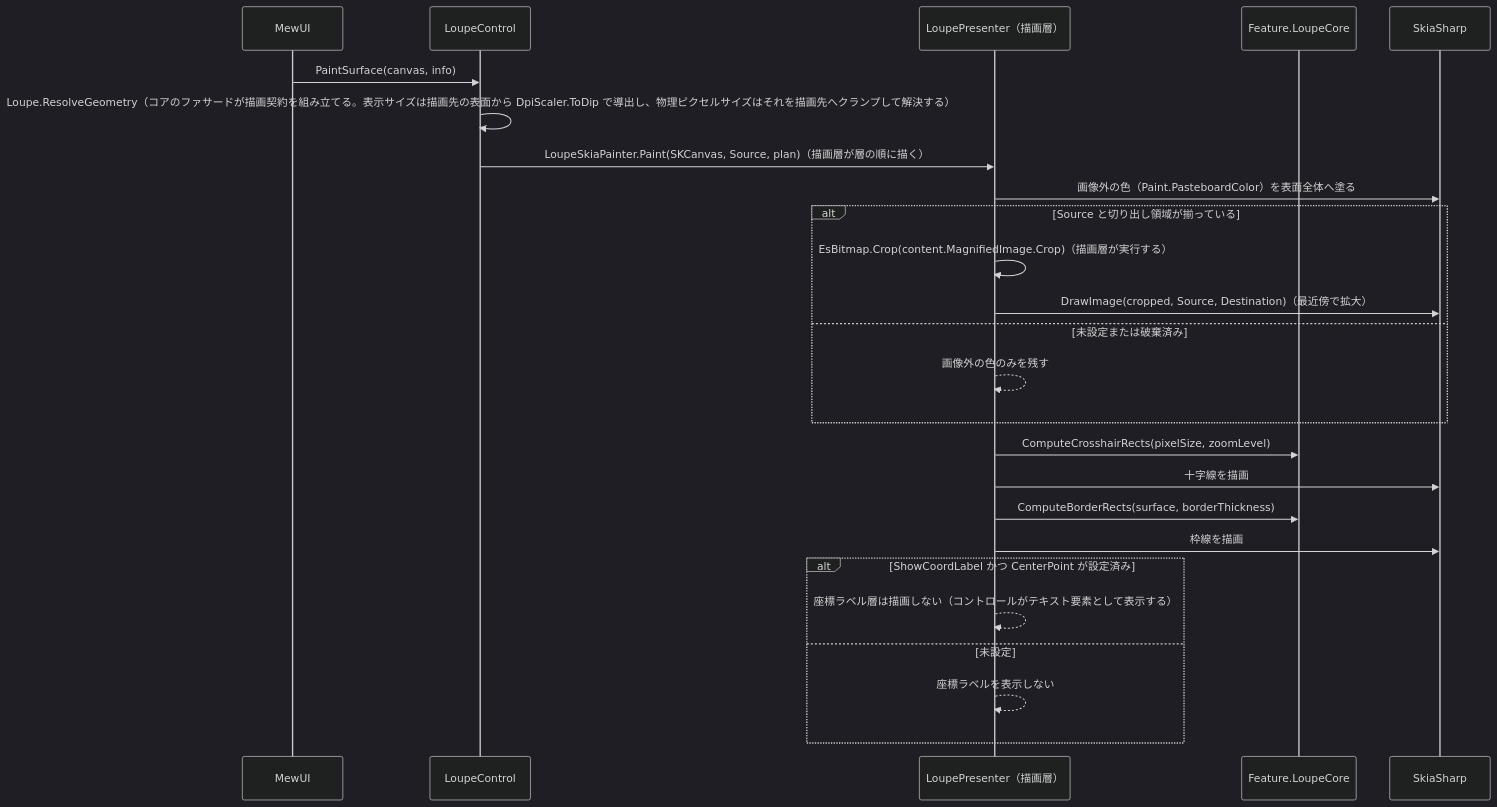
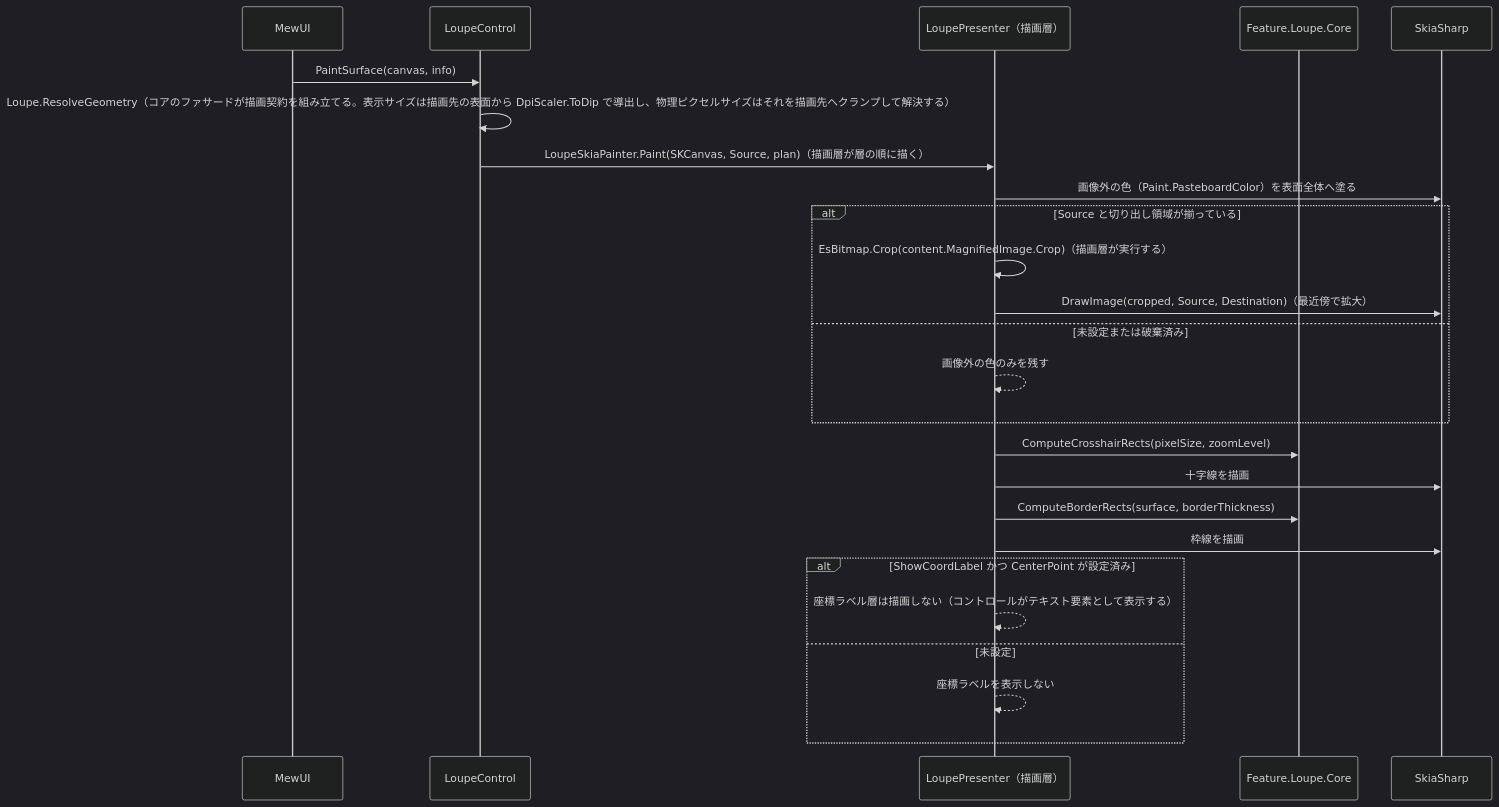
Before and after one commit to tomokuni/SaveEvidence: the second of 2 diagrams in src/LoupeControl.MewUI/SPEC_System.md, drawn with Mermaid (dark theme). The commit also changed other lines of this file and 334 other files, not shown here.

````diff
--- a/src/LoupeControl.MewUI/SPEC_System.md
+++ b/src/LoupeControl.MewUI/SPEC_System.md
@@ -182,28 +182,28 @@
 ```mermaid
 sequenceDiagram
     participant MW as MewUI
     participant LC as LoupeControl
     participant R as LoupePresenter（描画層）
-    participant C as Feature.LoupeCore
+    participant C as Feature.Loupe.Core
     participant SK as SkiaSharp
 
     MW->>LC: PaintSurface(canvas, info)
     LC->>LC: Loupe.ResolveGeometry（コアのファサードが描画契約を組み立てる。表示サイズは描画先の表面から DpiScaler.ToDip で導出し、物理ピクセルサイズはそれを描画先へクランプして解決する）
     LC->>R: LoupeSkiaPainter.Paint(SKCanvas, Source, plan)（描画層が層の順に描く）
     R->>SK: 画像外の色（Paint.PasteboardColor）を表面全体へ塗る
     alt Source と切り出し領域が揃っている
         R->>R: EsBitmap.Crop(content.MagnifiedImage.Crop)（描画層が実行する）
         R->>SK: DrawImage(cropped, Source, Destination)（最近傍で拡大）
     else 未設定または破棄済み
         R-->>R: 画像外の色のみを残す
     end
     R->>C: ComputeCrosshairRects(pixelSize, zoomLevel)
     R->>SK: 十字線を描画
     R->>C: ComputeBorderRects(surface, borderThickness)
     R->>SK: 枠線を描画
     alt ShowCoordLabel かつ CenterPoint が設定済み
         R-->>R: 座標ラベル層は描画しない（コントロールがテキスト要素として表示する）
     else 未設定
         R-->>R: 座標ラベルを表示しない
     end
 ```
````
